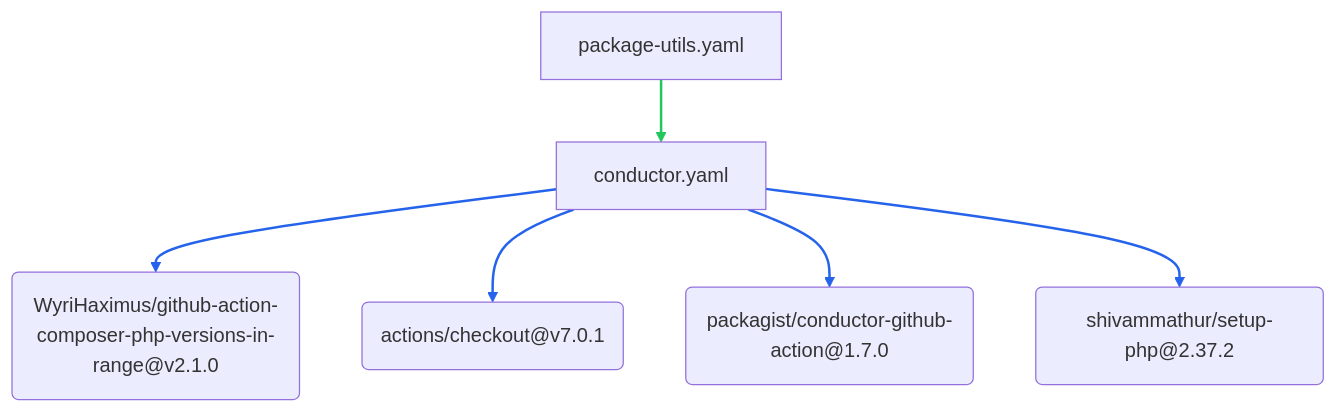
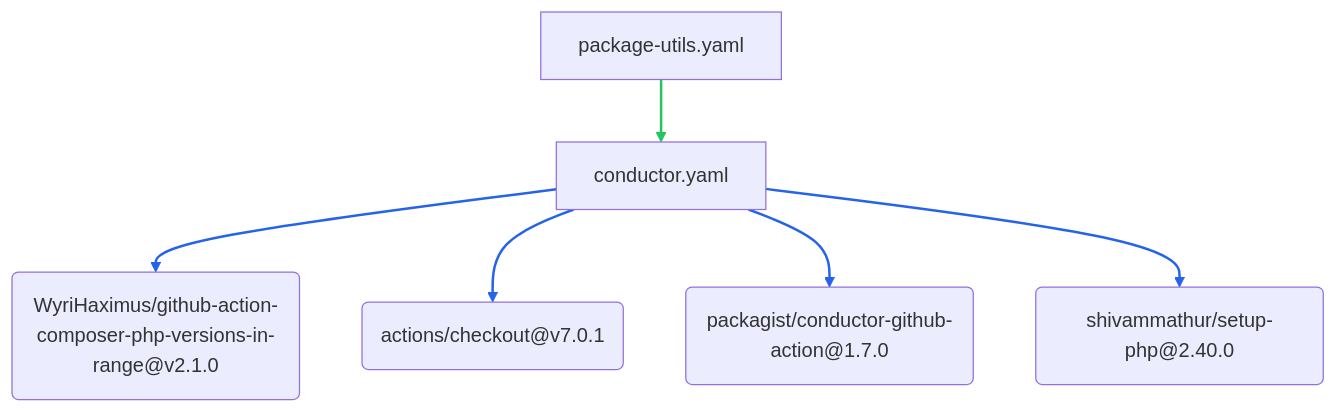
One commit to WyriHaximus/github-workflows changed the third of 6 diagrams in README.md. Above: the diagram before and after it, drawn with Mermaid. The commit also changed other lines of this file and 2 other files, not shown here.

Commit message:
Update shivammathur/setup-php action to v2.40.0

````diff
--- a/README.md
+++ b/README.md
@@ -539,16 +539,16 @@
 ```mermaid
 flowchart TB
   package_utils_conductor["conductor.yaml"] --> package_utils_a0("WyriHaximus/github-action-composer-php-versions-in-range@v2.1.0")
   package_utils_conductor["conductor.yaml"] --> package_utils_a1("actions/checkout@v7.0.1")
   package_utils_conductor["conductor.yaml"] --> package_utils_a2("packagist/conductor-github-action@1.7.0")
-  package_utils_conductor["conductor.yaml"] --> package_utils_a3("shivammathur/setup-php@2.37.2")
+  package_utils_conductor["conductor.yaml"] --> package_utils_a3("shivammathur/setup-php@2.40.0")
   package_utils_package_utils["package-utils.yaml"] --> package_utils_conductor["conductor.yaml"]
   linkStyle 4 stroke:#22c55e,stroke-width:2px
   linkStyle 0,1,2,3 stroke:#2563eb,stroke-width:2px
   click package_utils_a0 "https://github.com/WyriHaximus/github-action-composer-php-versions-in-range/releases/tag/v2.1.0" _blank
   click package_utils_a1 "https://github.com/actions/checkout/releases/tag/v7.0.1" _blank
   click package_utils_a2 "https://github.com/packagist/conductor-github-action/releases/tag/1.7.0" _blank
-  click package_utils_a3 "https://github.com/shivammathur/setup-php/releases/tag/2.37.2" _blank
+  click package_utils_a3 "https://github.com/shivammathur/setup-php/releases/tag/2.40.0" _blank
   click package_utils_conductor "https://github.com/WyriHaximus/github-workflows/blob/main/.github/workflows/conductor.yaml" _blank
   click package_utils_package_utils "https://github.com/WyriHaximus/github-workflows/blob/main/.github/workflows/package-utils.yaml" _blank
 ```
````
